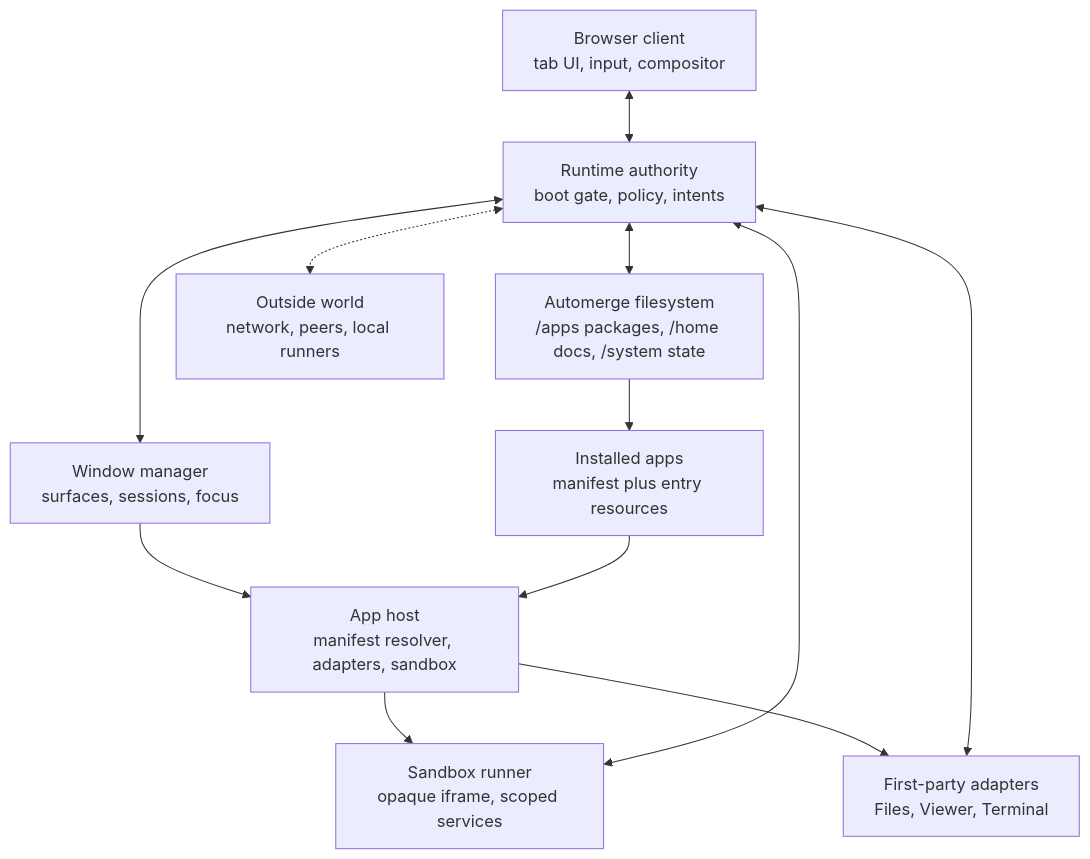
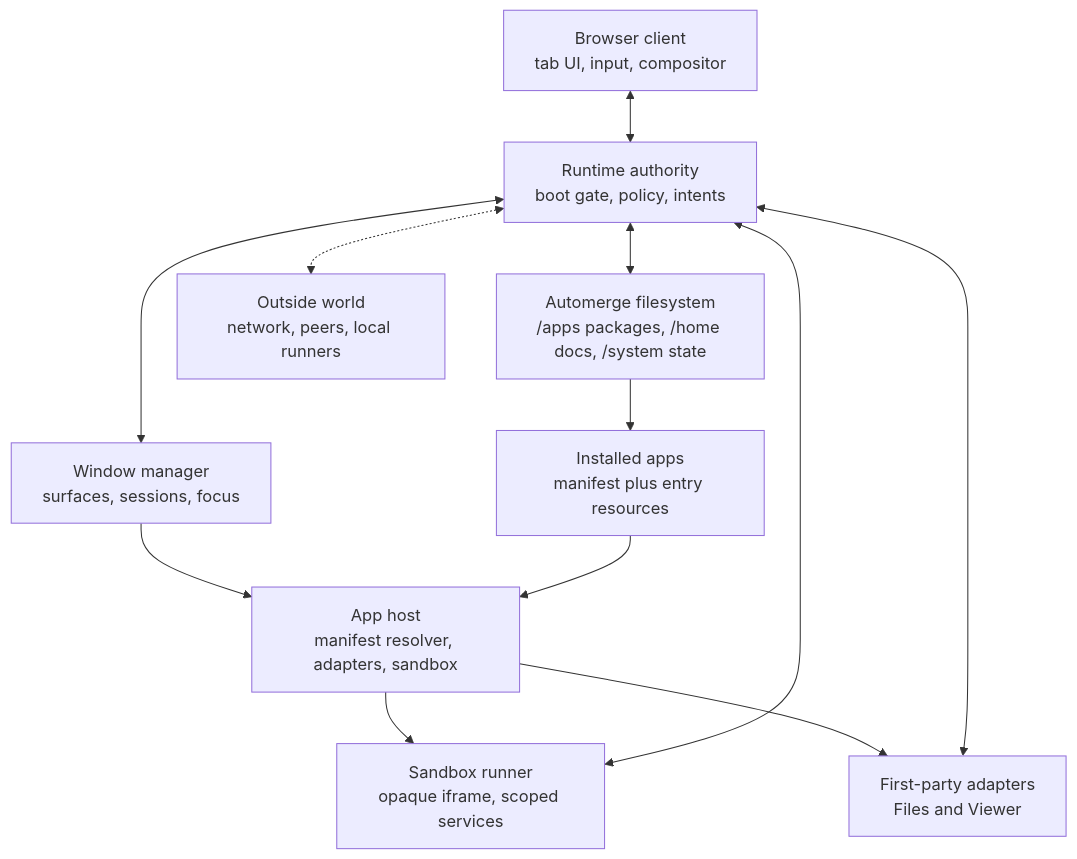
The diagram in docs/architecture.md (neftaly/patchpit), drawn with Mermaid before and after one commit. The commit also changed 53 other files, not shown here.

````diff
--- a/docs/architecture.md
+++ b/docs/architecture.md
@@ -1,33 +1,33 @@
 ```mermaid
 flowchart TB
   Browser["Browser client
 tab UI, input, compositor"]
   Runtime["Runtime authority
 boot gate, policy, intents"]
   Filesystem["Automerge filesystem
 /apps packages, /home docs, /system state"]
   Window["Window manager
 surfaces, sessions, focus"]
   Host["App host
 manifest resolver, adapters, sandbox"]
   Packages["Installed apps
 manifest plus entry resources"]
   Sandbox["Sandbox runner
 opaque iframe, scoped services"]
   Adapters["First-party adapters
-Files, Viewer, Terminal"]
+Files and Viewer"]
   External["Outside world
 network, peers, local runners"]
 
   Browser <--> Runtime
   Runtime <--> Filesystem
   Runtime <--> Window
   Filesystem --> Packages
   Window --> Host
   Packages --> Host
   Host --> Sandbox
   Host --> Adapters
   Sandbox <--> Runtime
   Adapters <--> Runtime
   Runtime <-.-> External
 ```
````
